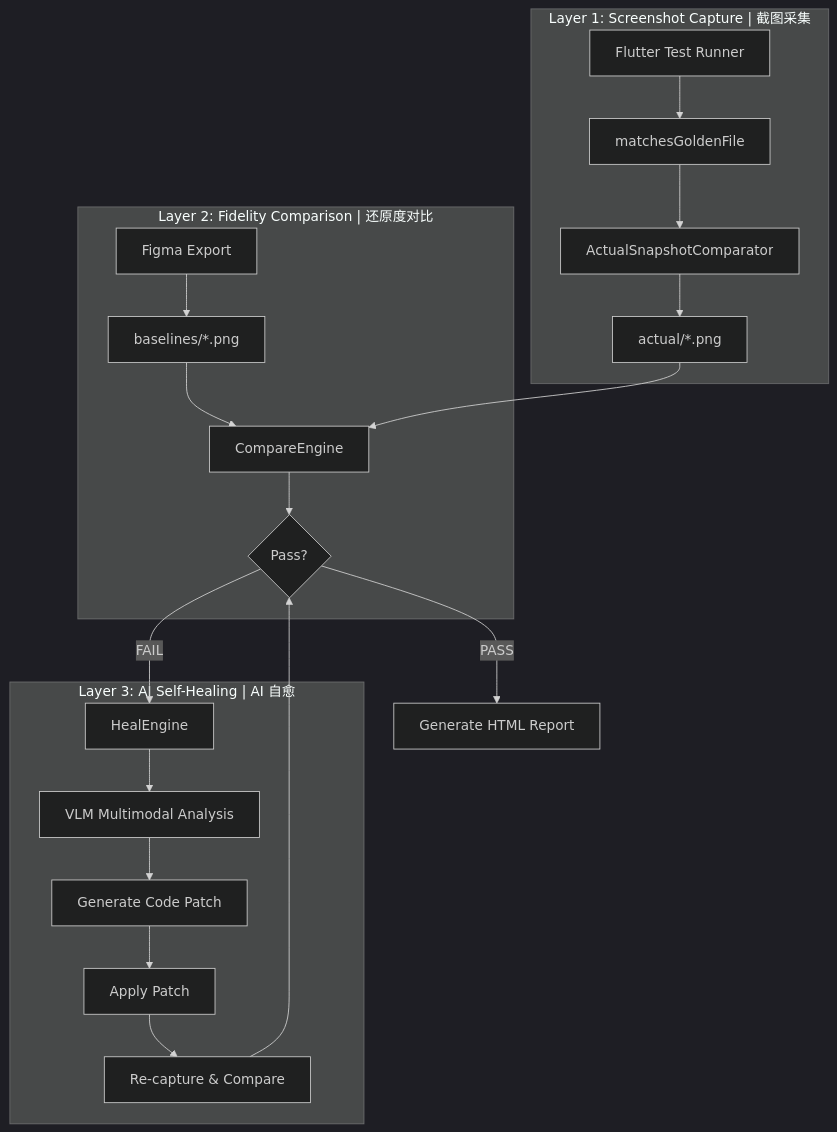
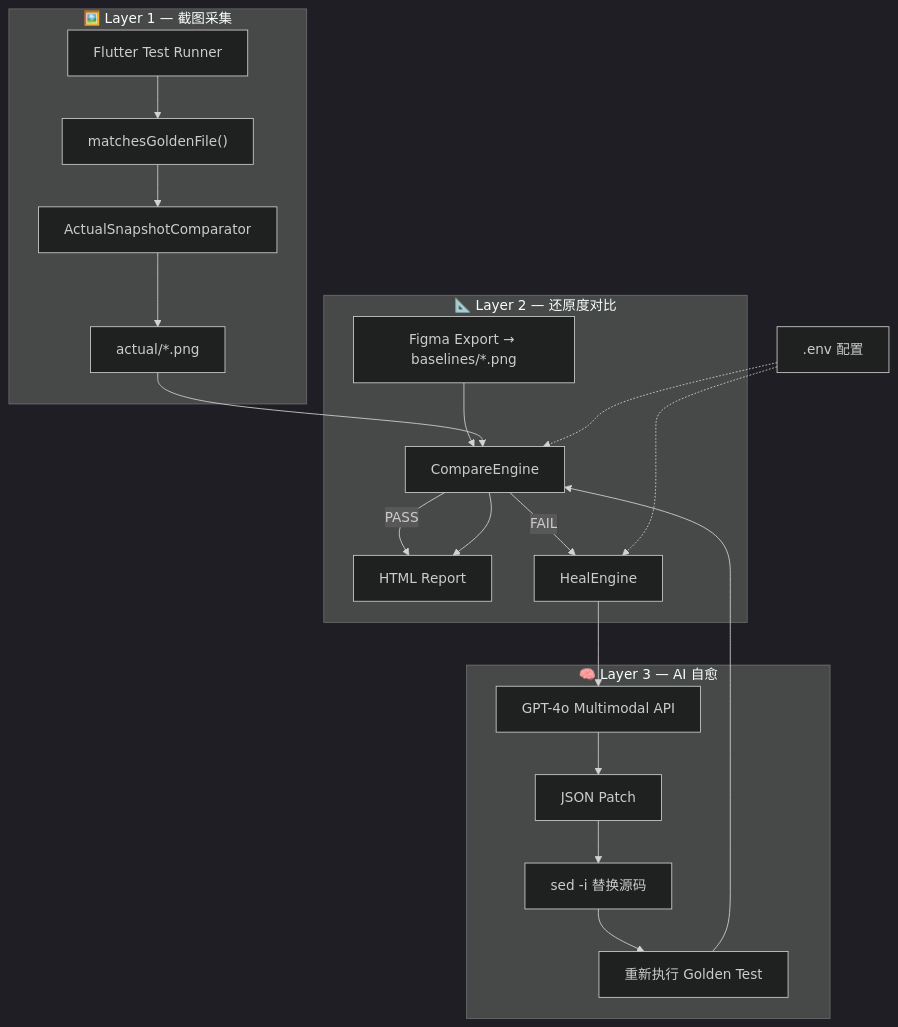
One commit to isJoker/flutter_ui_heal_by_ai changed the first of 3 diagrams in README.md. Above: the diagram before and after it, drawn with Mermaid (dark theme). The commit also changed other lines of this file and 1 other file, not shown here.

````diff
--- a/README.md
+++ b/README.md
@@ -9,23 +61,27 @@
 ```mermaid
 flowchart TB
-    subgraph Layer1["Layer 1: Screenshot Capture | 截图采集"]
-        A["Flutter Test Runner"] --> B["matchesGoldenFile"]
-        B --> C["ActualSnapshotComparator"]
-        C --> D["actual/*.png"]
+    subgraph Layer1["🖼️ Layer 1 — 截图采集"]
+        FT["Flutter Test Runner"] --> MG["matchesGoldenFile()"]
+        MG --> ASC["ActualSnapshotComparator"]
+        ASC --> ACT["actual/*.png"]
     end
-    subgraph Layer2["Layer 2: Fidelity Comparison | 还原度对比"]
-        E["Figma Export"] --> F["baselines/*.png"]
-        F --> G["CompareEngine"]
-        D --> G
-        G --> H{Pass?}
+
+    subgraph Layer2["📐 Layer 2 — 还原度对比"]
+        BL["Figma Export → baselines/*.png"] --> CE["CompareEngine"]
+        ACT --> CE
+        CE --> |"PASS"| RPT["HTML Report"]
+        CE --> |"FAIL"| HE["HealEngine"]
     end
-    subgraph Layer3["Layer 3: AI Self-Healing | AI 自愈"]
-        H -->|FAIL| I["HealEngine"]
-        I --> J["VLM Multimodal Analysis"]
-        J --> K["Generate Code Patch"]
-        K --> L["Apply Patch"]
-        L --> M["Re-capture & Compare"]
-        M --> H
+
+    subgraph Layer3["🧠 Layer 3 — AI 自愈"]
+        HE --> VLM["GPT-4o Multimodal API"]
+        VLM --> PATCH["JSON Patch"]
+        PATCH --> APPLY["sed -i 替换源码"]
+        APPLY --> RERUN["重新执行 Golden Test"]
+        RERUN --> CE
     end
-    H -->|PASS| N["Generate HTML Report"]
+
+    ENV[".env 配置"] -.-> HE
+    ENV -.-> CE
+    CE --> RPT
 ```
````
